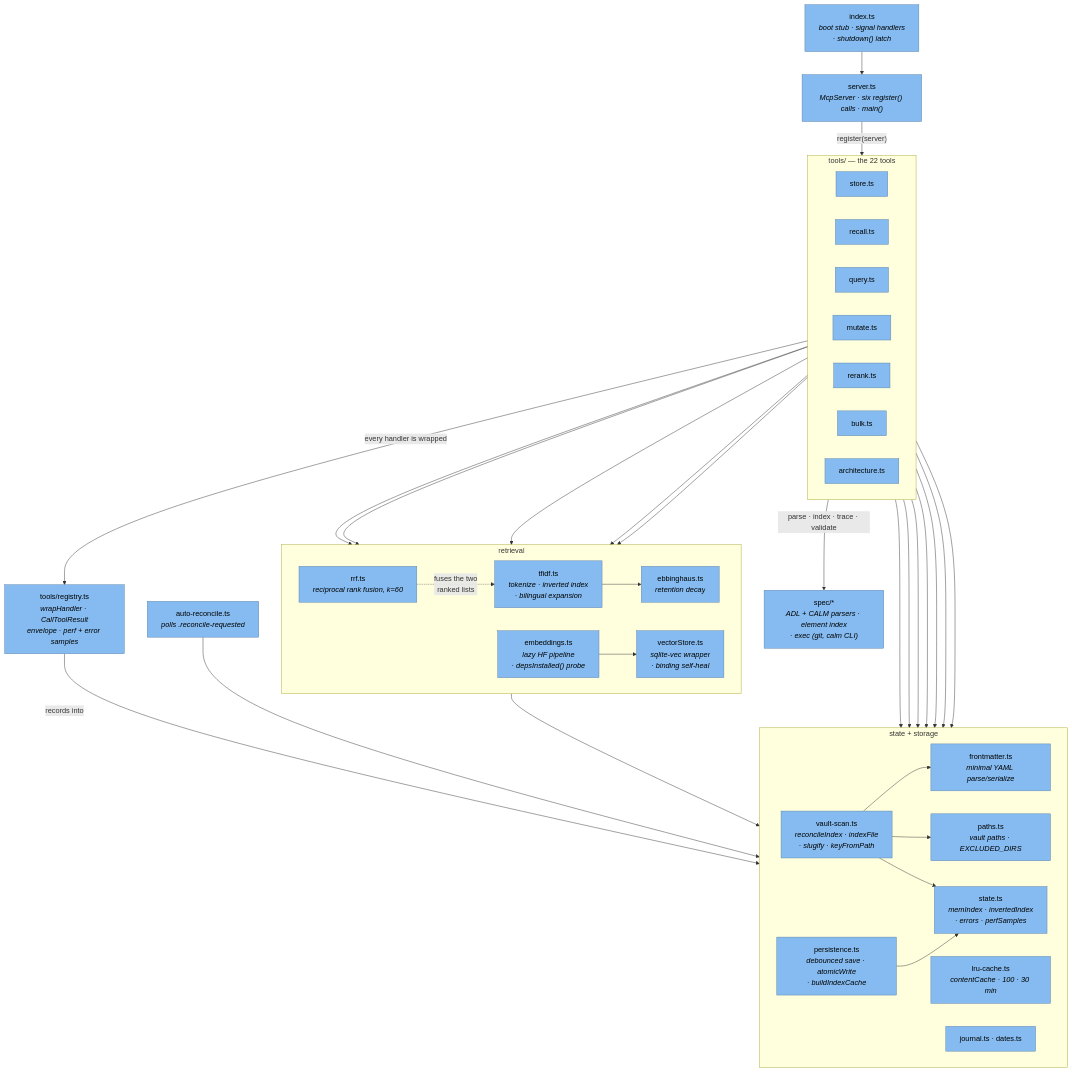
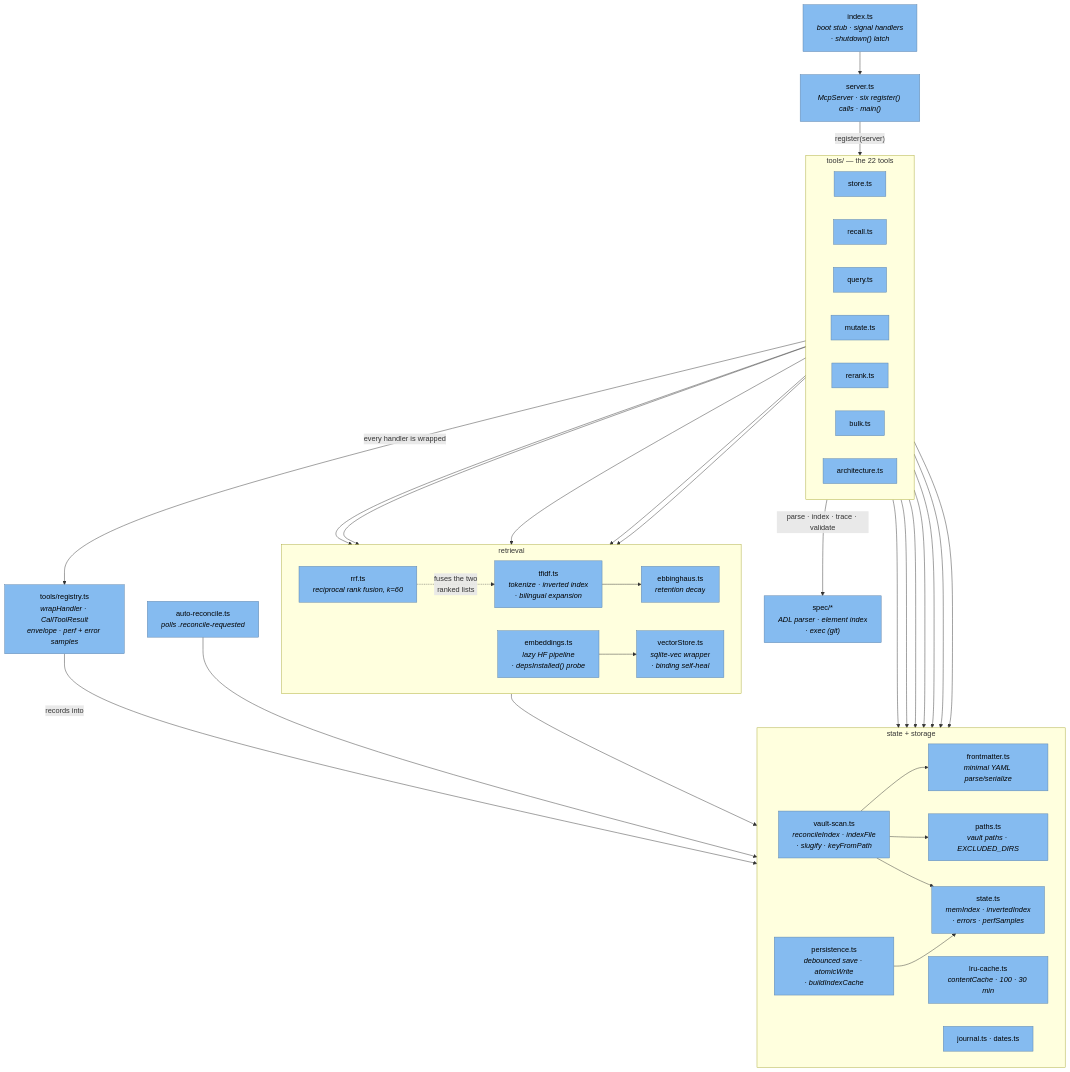
The third of 4 diagrams in plugins/total-recall/ARCHITECTURE.md (adrian-balaban/total-recall), drawn with Mermaid before and after one commit. The commit also changed other lines of this file and 52 other files, not shown here.

First line of the commit message:
feat!: replace CALM with ADL (1.3.0)

````diff
--- a/plugins/total-recall/ARCHITECTURE.md
+++ b/plugins/total-recall/ARCHITECTURE.md
@@ -91,72 +91,72 @@
 ```mermaid
 graph TB
     idxts["index.ts<br/><i>boot stub · signal handlers<br/>· shutdown() latch</i>"]
     srv["server.ts<br/><i>McpServer · six register() calls · main()</i>"]
     reg["tools/registry.ts<br/><i>wrapHandler · CallToolResult<br/>envelope · perf + error samples</i>"]
 
     subgraph Tools["tools/ — the 22 tools"]
         direction LR
         t1["store.ts"]
         t2["recall.ts"]
         t3["query.ts"]
         t4["mutate.ts"]
         t5["rerank.ts"]
         t6["bulk.ts"]
         t7["architecture.ts"]
     end
 
     subgraph Search["retrieval"]
         direction LR
         tf["tfidf.ts<br/><i>tokenize · inverted index<br/>· bilingual expansion</i>"]
         eb["ebbinghaus.ts<br/><i>retention decay</i>"]
         rrf["rrf.ts<br/><i>reciprocal rank fusion, k=60</i>"]
         embc["embeddings.ts<br/><i>lazy HF pipeline<br/>· depsInstalled() probe</i>"]
         vs["vectorStore.ts<br/><i>sqlite-vec wrapper<br/>· binding self-heal</i>"]
     end
 
     subgraph Core["state + storage"]
         direction LR
         st["state.ts<br/><i>memIndex · invertedIndex<br/>· errors · perfSamples</i>"]
         pers["persistence.ts<br/><i>debounced save · atomicWrite<br/>· buildIndexCache</i>"]
         scan["vault-scan.ts<br/><i>reconcileIndex · indexFile<br/>· slugify · keyFromPath</i>"]
         fm["frontmatter.ts<br/><i>minimal YAML parse/serialize</i>"]
         lru["lru-cache.ts<br/><i>contentCache · 100 · 30 min</i>"]
         paths["paths.ts<br/><i>vault paths · EXCLUDED_DIRS</i>"]
         jr["journal.ts · dates.ts"]
     end
 
     ar["auto-reconcile.ts<br/><i>polls .reconcile-requested</i>"]
 
     idxts --> srv
     srv -->|"register(server)"| Tools
     Tools -->|"every handler is wrapped"| reg
     reg -->|"records into"| st
 
     t1 --> fm
     t1 --> lru
     t1 --> jr
     t2 --> tf
     t2 --> rrf
     t2 --> embc
     t2 --> lru
     t3 --> eb
     t4 --> lru
     t5 --> embc
     t6 --> pers
-    t7 -->|"parse · index · trace · validate"| spec["spec/*<br/><i>ADL + CALM parsers · element index<br/>· exec (git, calm CLI)</i>"]
+    t7 -->|"parse · index · trace · validate"| spec["spec/*<br/><i>ADL parser · element index<br/>· exec (git)</i>"]
 
     tf --> st
     tf --> eb
     embc --> vs
     rrf -.->|"fuses the two<br/>ranked lists"| tf
 
     scan --> fm
     scan --> paths
     scan --> st
     pers --> st
     ar --> scan
     Tools --> pers
 
     classDef comp fill:#85bbf0,stroke:#5d82a8,color:#000
     class idxts,srv,reg,t1,t2,t3,t4,t5,t6,t7,spec,tf,eb,rrf,embc,vs,st,pers,scan,fm,lru,paths,ar,jr comp
 ```
````
